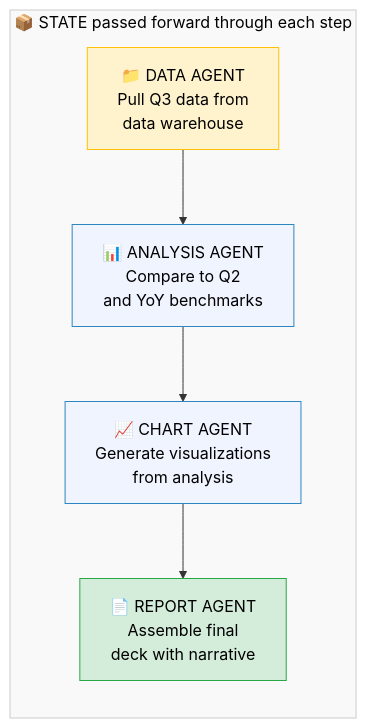
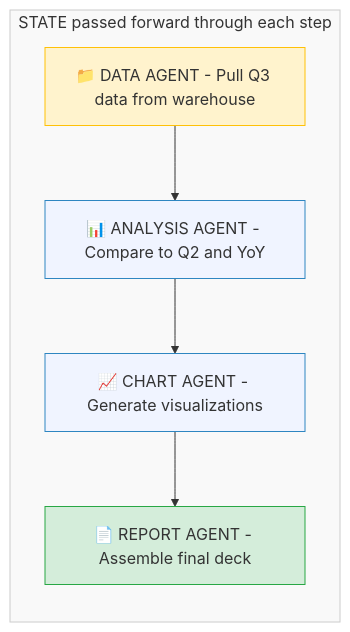
One commit to ithinktavo/GenAI-Engineering-Handbook changed the first of 8 diagrams in docs/09-orchestration-patterns.md. Above: the diagram before and after it, drawn with Mermaid. The commit also changed other lines of this file and 9 other files, not shown here.

First line of the commit message:
Fix Mermaid rendering: remove emoji from subgraph titles and unsupported syntax

````diff
--- a/docs/09-orchestration-patterns.md
+++ b/docs/09-orchestration-patterns.md
@@ -21,17 +21,17 @@
 ```mermaid
 graph LR
-    subgraph Pipeline ["📦 STATE passed forward through each step"]
-        Data["📁 DATA AGENT\nPull Q3 data from\ndata warehouse"]
-        Analysis["📊 ANALYSIS AGENT\nCompare to Q2\nand YoY benchmarks"]
-        Chart["📈 CHART AGENT\nGenerate visualizations\nfrom analysis"]
-        Report["📄 REPORT AGENT\nAssemble final\ndeck with narrative"]
+    subgraph Pipeline ["STATE passed forward through each step"]
+        Data["📁 DATA AGENT - Pull Q3 data from warehouse"]
+        Analysis["📊 ANALYSIS AGENT - Compare to Q2 and YoY"]
+        Chart["📈 CHART AGENT - Generate visualizations"]
+        Report["📄 REPORT AGENT - Assemble final deck"]
     end
 
     Data --> Analysis --> Chart --> Report
 
-    style Data fill:#fff3cd,stroke:#ffc107,color:#000
-    style Analysis fill:#f0f4ff,stroke:#2E86C1,color:#000
-    style Chart fill:#f0f4ff,stroke:#2E86C1,color:#000
-    style Report fill:#d4edda,stroke:#28a745,color:#000
-    style Pipeline fill:#f9f9f9,stroke:#ccc,color:#000
+    style Data fill:#fff3cd,stroke:#ffc107
+    style Analysis fill:#f0f4ff,stroke:#2E86C1
+    style Chart fill:#f0f4ff,stroke:#2E86C1
+    style Report fill:#d4edda,stroke:#28a745
+    style Pipeline fill:#f9f9f9,stroke:#ccc
 ```
````
